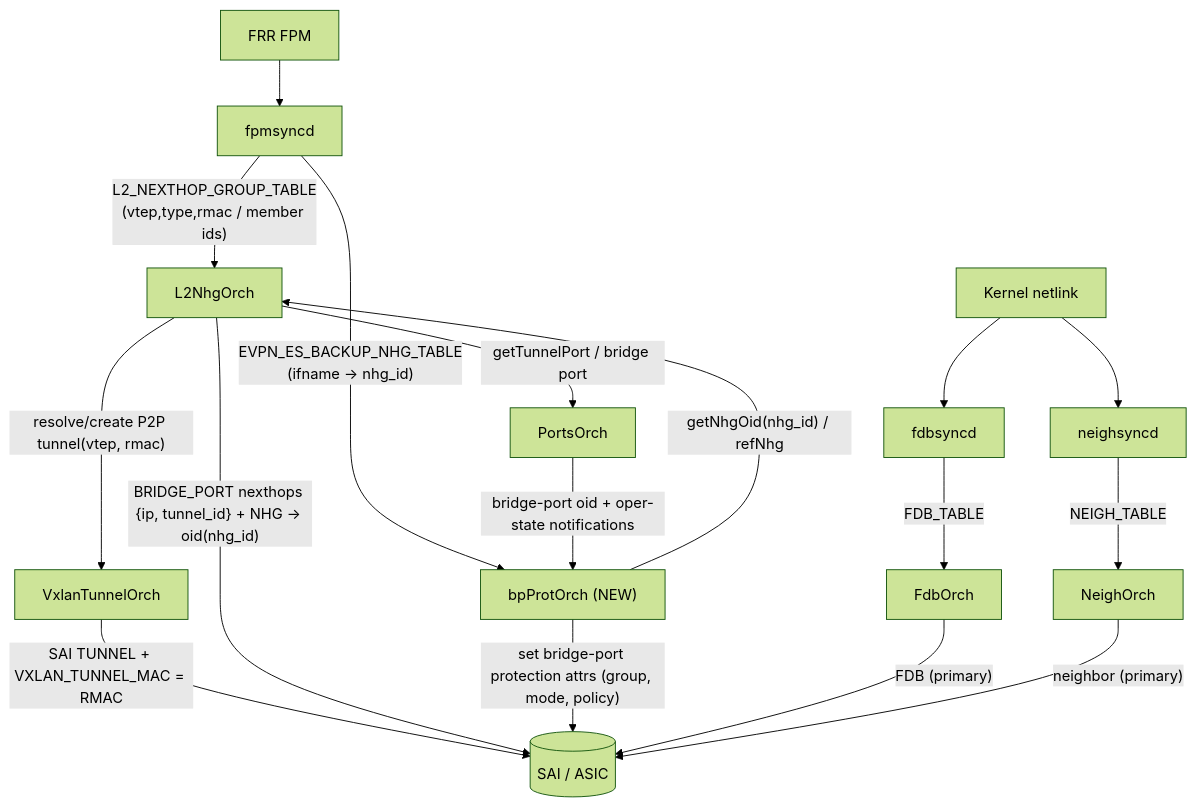
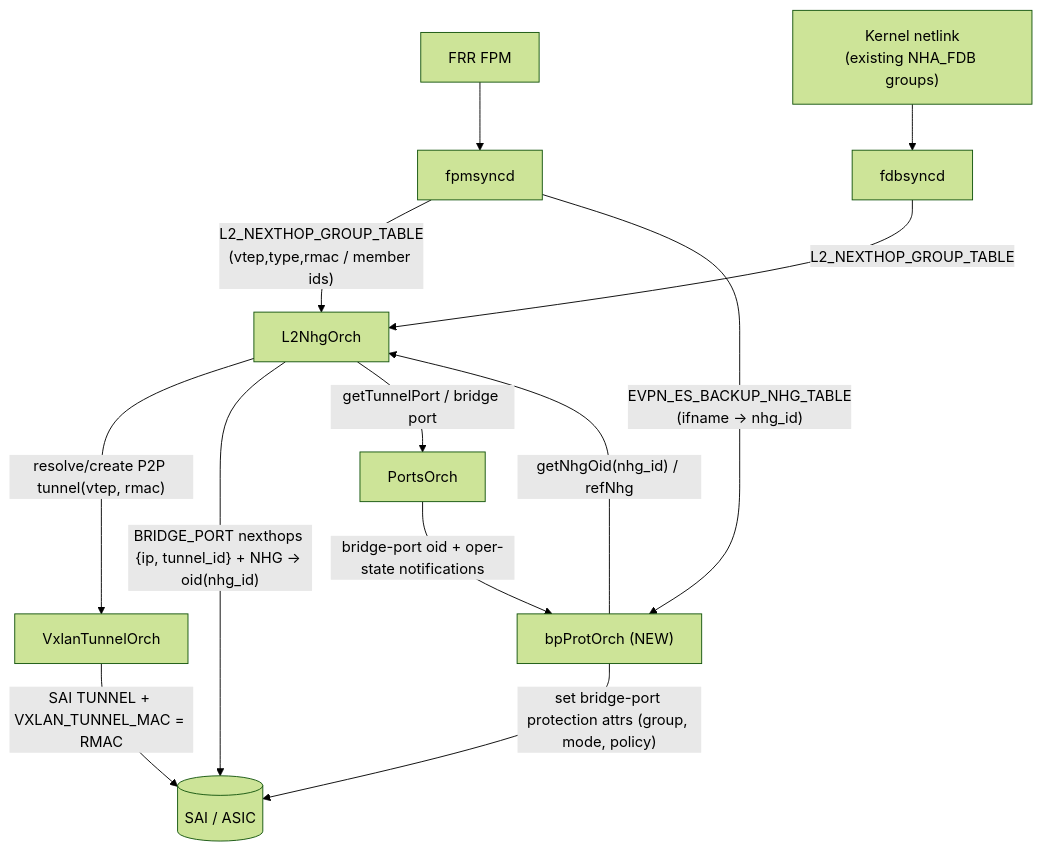
The fourth of 8 diagrams in doc/vxlan/EVPN/BridgePort_Protection_HLD.md (sonic-net/SONiC), drawn with Mermaid (forest theme) before and after one commit. The commit also changed other lines of this file, not shown here.

````diff
--- a/doc/vxlan/EVPN/BridgePort_Protection_HLD.md
+++ b/doc/vxlan/EVPN/BridgePort_Protection_HLD.md
@@ -387,22 +383,18 @@
 ```mermaid
 flowchart TB
     FPM["FRR FPM"] --> FPMSY["fpmsyncd"]
     FPMSY -->|"L2_NEXTHOP_GROUP_TABLE<br/>(vtep,type,rmac / member ids)"| L2[L2NhgOrch]
     FPMSY -->|"EVPN_ES_BACKUP_NHG_TABLE<br/>(ifname → nhg_id)"| BP["bpProtOrch (NEW)"]
 
-    KERN["Kernel netlink"] --> FDBSY["fdbsyncd"]
-    KERN --> NEIGHSY["neighsyncd"]
-    FDBSY -->|"FDB_TABLE"| FDB[FdbOrch]
-    NEIGHSY -->|"NEIGH_TABLE"| NEIGH[NeighOrch]
+    KERN["Kernel netlink<br/>(existing NHA_FDB groups)"] --> FDBSY["fdbsyncd"]
+    FDBSY -->|"L2_NEXTHOP_GROUP_TABLE"| L2
 
     L2 -->|"resolve/create P2P tunnel(vtep, rmac)"| VX[VxlanTunnelOrch]
     VX -->|"SAI TUNNEL + VXLAN_TUNNEL_MAC = RMAC"| SAI[(SAI / ASIC)]
     L2 -->|"BRIDGE_PORT nexthops {ip, tunnel_id} + NHG → oid(nhg_id)"| SAI
 
     BP -->|"getNhgOid(nhg_id) / refNhg"| L2
     BP -->|"set bridge-port protection attrs (group, mode, policy)"| SAI
     PO[PortsOrch] -->|"bridge-port oid + oper-state notifications"| BP
     L2 -->|"getTunnelPort / bridge port"| PO
-    FDB -->|"FDB (primary)"| SAI
-    NEIGH -->|"neighbor (primary)"| SAI
 ```
````
